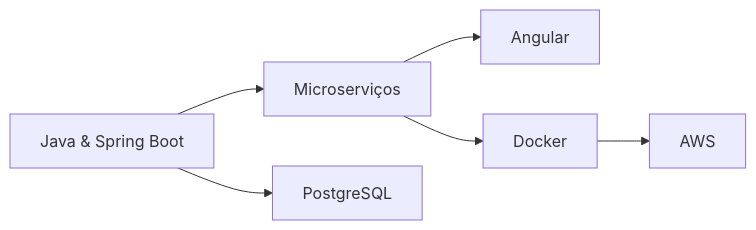
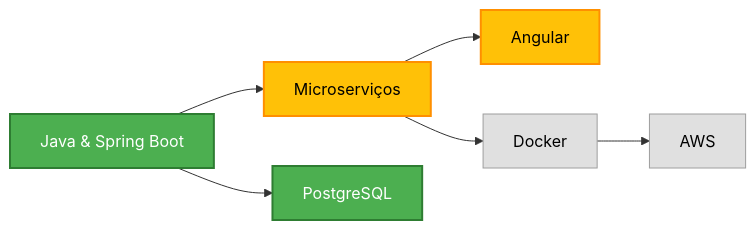
The diagram in README.md (Fael3113/Fael3113), drawn with Mermaid before and after one commit.

````diff
--- a/README.md
+++ b/README.md
@@ -57,8 +57,18 @@
 ```mermaid
 graph LR
     A[Java & Spring Boot] --> B[Microserviços]
     A --> C[PostgreSQL]
     B --> D[Angular]
     B --> E[Docker]
     E --> F[AWS]
+
+    %% Classes
+    classDef concluido fill:#4CAF50,color:#fff,stroke:#2E7D32,stroke-width:2px;
+    classDef andamento fill:#FFC107,color:#000,stroke:#FF8F00,stroke-width:2px;
+    classDef pendente fill:#E0E0E0,color:#000,stroke:#9E9E9E,stroke-width:1px;
+
+    %% Aplicando classes
+    class A,C concluido;
+    class B,D andamento;
+    class E,F pendente;
 ```
````
